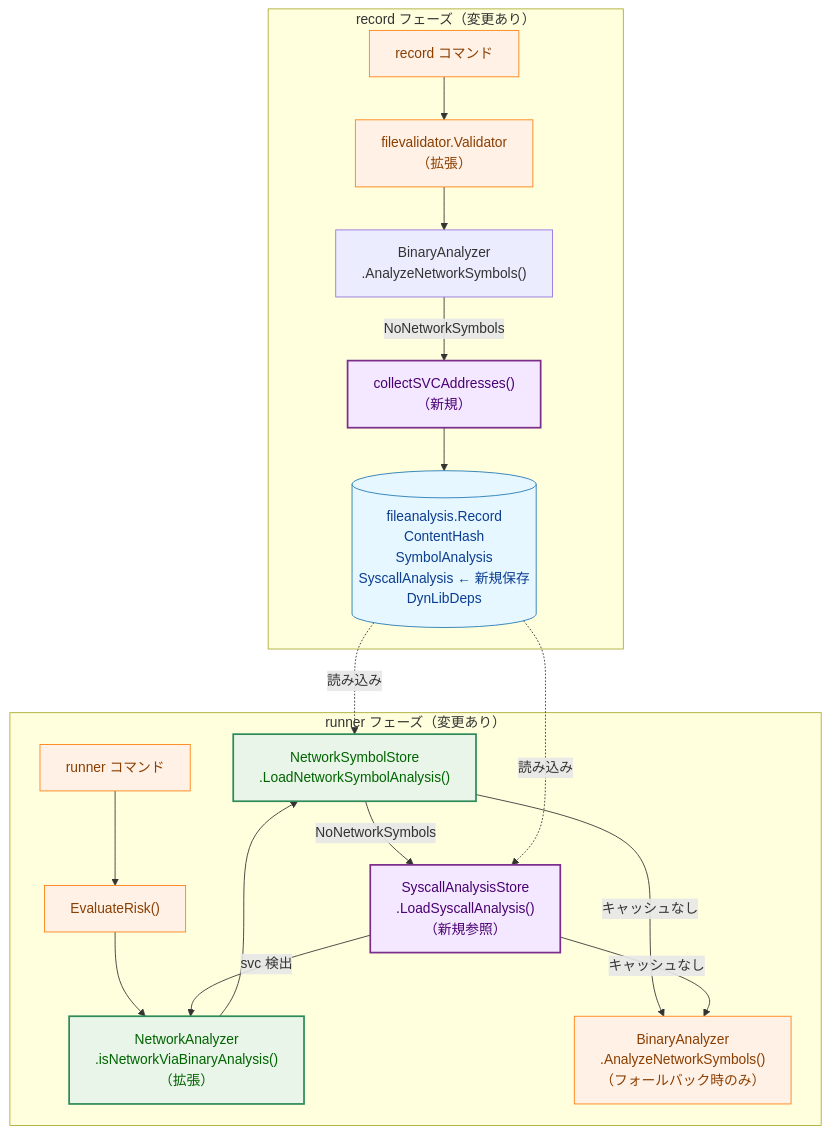
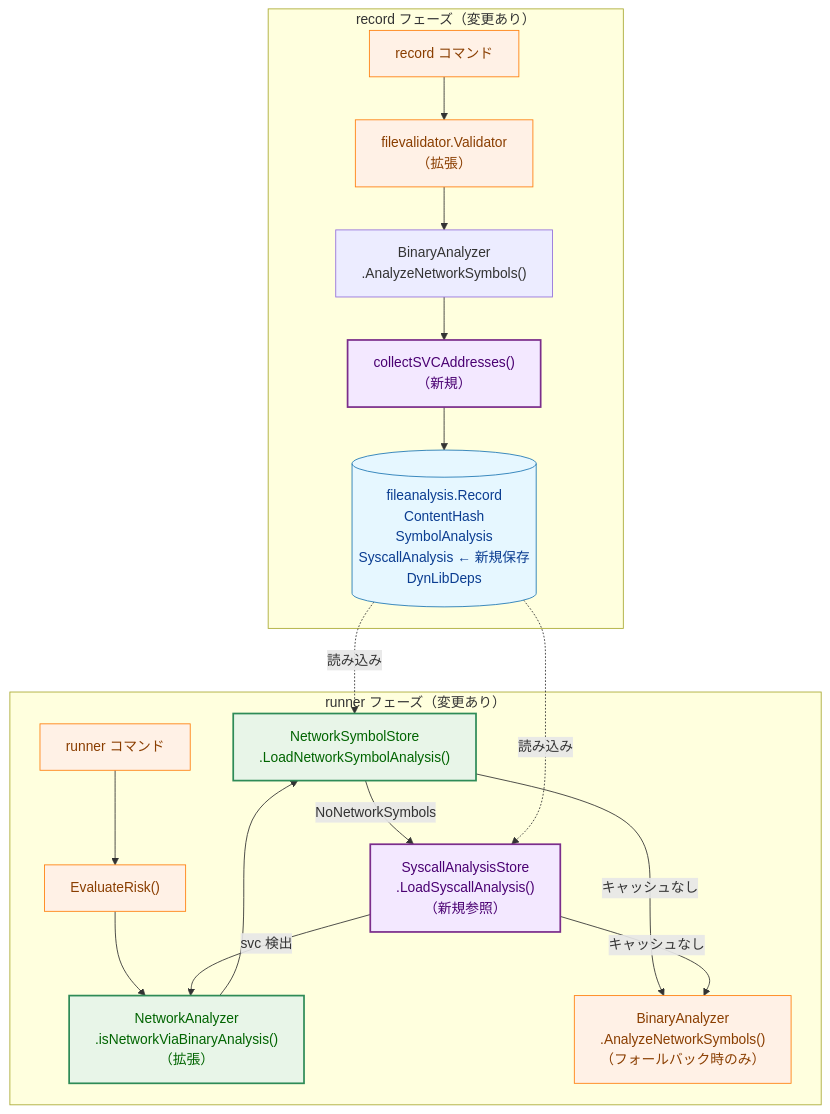
The first of 8 diagrams in docs/tasks/0097_macho_arm64_syscall_analysis/02_architecture.md (isseis/go-safe-cmd-runner), drawn with Mermaid before and after one commit. The commit also changed other lines of this file and 3 other files, not shown here.

````diff
--- a/docs/tasks/0097_macho_arm64_syscall_analysis/02_architecture.md
+++ b/docs/tasks/0097_macho_arm64_syscall_analysis/02_architecture.md
@@ -28,45 +28,45 @@
 ```mermaid
 flowchart TB
     classDef data fill:#e6f7ff,stroke:#1f77b4,stroke-width:1px,color:#0b3d91;
     classDef process fill:#fff1e6,stroke:#ff7f0e,stroke-width:1px,color:#8a3e00;
     classDef enhanced fill:#e8f5e8,stroke:#2e8b57,stroke-width:2px,color:#006400;
     classDef new fill:#f3e8ff,stroke:#7b2d8b,stroke-width:2px,color:#4a0072;
 
     subgraph RecordPhase["record フェーズ（変更あり）"]
         REC["record コマンド"]
         FV["filevalidator.Validator<br>（拡張）"]
         BA["BinaryAnalyzer<br>.AnalyzeNetworkSymbols()"]
         SVC["collectSVCAddresses()<br>（新規）"]
         STORE[("fileanalysis.Record<br>ContentHash<br>SymbolAnalysis<br>SyscallAnalysis ← 新規保存<br>DynLibDeps")]
     end
 
     subgraph RunnerPhase["runner フェーズ（変更あり）"]
         RUN["runner コマンド"]
         EVAL["EvaluateRisk()"]
         NA["NetworkAnalyzer<br>.isNetworkViaBinaryAnalysis()<br>（拡張）"]
         SYMCACHE["NetworkSymbolStore<br>.LoadNetworkSymbolAnalysis()"]
         SVCCACHE["SyscallAnalysisStore<br>.LoadSyscallAnalysis()<br>（新規参照）"]
         FALLBACK["BinaryAnalyzer<br>.AnalyzeNetworkSymbols()<br>（フォールバック時のみ）"]
     end
 
     REC --> FV
     FV --> BA
-    BA -->|"NoNetworkSymbols"| SVC
+    BA --> SVC
     SVC --> STORE
 
     RUN --> EVAL
     EVAL --> NA
     NA --> SYMCACHE
     SYMCACHE -->|"NoNetworkSymbols"| SVCCACHE
     SYMCACHE -->|"キャッシュなし"| FALLBACK
     SVCCACHE -->|"svc 検出"| NA
     SVCCACHE -->|"キャッシュなし"| FALLBACK
 
     STORE -.->|"読み込み"| SYMCACHE
     STORE -.->|"読み込み"| SVCCACHE
 
     class STORE data;
     class REC,FV,RUN,EVAL,FALLBACK process;
     class NA,SYMCACHE enhanced;
     class SVC,SVCCACHE new;
 ```
````
